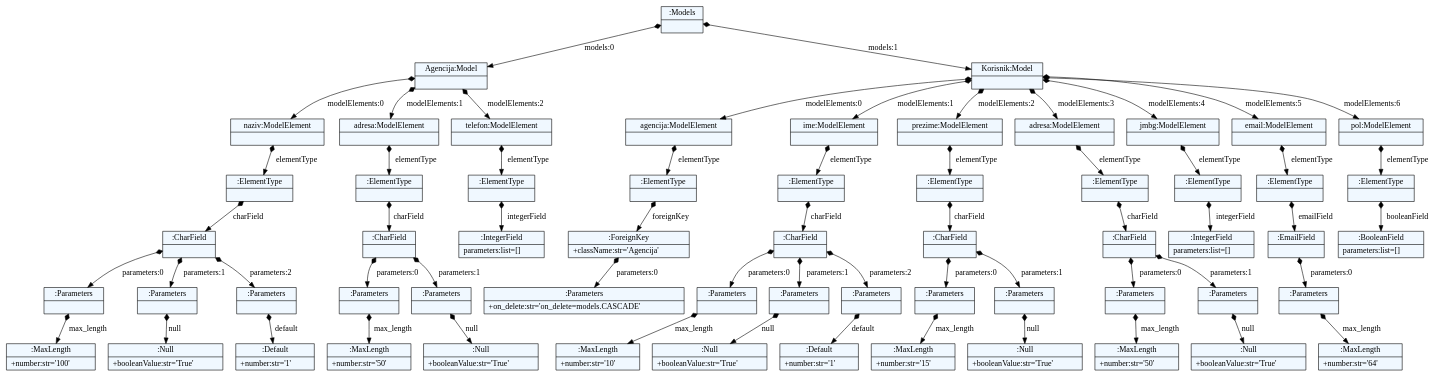
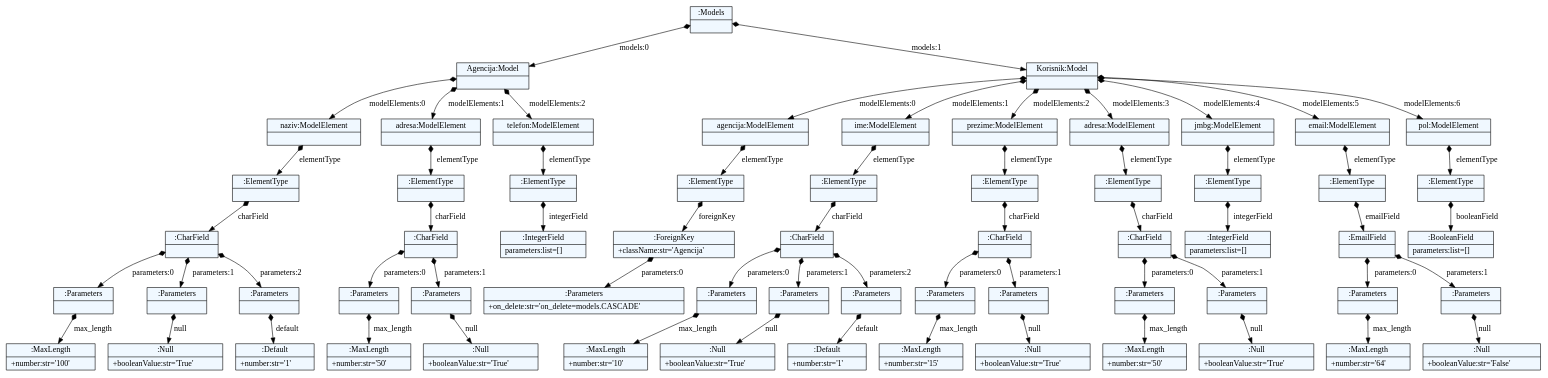
Before and after one commit to jovana992/jsd2017: the diagram in JSD/test.dot, drawn with Graphviz. The commit also changed 3 other files, not shown here.

```diff
--- a/JSD/test.dot
+++ b/JSD/test.dot
@@ -11,124 +11,128 @@
     edge[dir=black,arrowtail=empty]
 
 
-2567640674032 -> 2567640686776 [label="models:0" arrowtail=diamond dir=both]
-2567640686776 -> 2567640688400 [label="modelElements:0" arrowtail=diamond dir=both]
-2567640688400 -> 2567640688176 [label="elementType" arrowtail=diamond dir=both]
-2567640688176 -> 2567640687896 [label="charField" arrowtail=diamond dir=both]
-2567640687896 -> 2567640688568 [label="parameters:0" arrowtail=diamond dir=both]
-2567640688568 -> 2567640688680 [label="max_length" arrowtail=diamond dir=both]
-2567640688680[label="{:MaxLength|+number:str='100'\l}"]
-2567640688568[label="{:Parameters|}"]
-2567640687896 -> 2567640688624 [label="parameters:1" arrowtail=diamond dir=both]
-2567640688624 -> 2567640688792 [label="null" arrowtail=diamond dir=both]
-2567640688792[label="{:Null|+booleanValue:str='True'\l}"]
-2567640688624[label="{:Parameters|}"]
-2567640687896 -> 2567640688736 [label="parameters:2" arrowtail=diamond dir=both]
-2567640688736 -> 2567640688848 [label="default" arrowtail=diamond dir=both]
-2567640688848[label="{:Default|+number:str='1'\l}"]
-2567640688736[label="{:Parameters|}"]
-2567640687896[label="{:CharField|}"]
-2567640688176[label="{:ElementType|}"]
-2567640688400[label="{naziv:ModelElement|}"]
-2567640686776 -> 2567640687728 [label="modelElements:1" arrowtail=diamond dir=both]
-2567640687728 -> 2567640688232 [label="elementType" arrowtail=diamond dir=both]
-2567640688232 -> 2567640688512 [label="charField" arrowtail=diamond dir=both]
-2567640688512 -> 2567640689128 [label="parameters:0" arrowtail=diamond dir=both]
-2567640689128 -> 2567640689184 [label="max_length" arrowtail=diamond dir=both]
-2567640689184[label="{:MaxLength|+number:str='50'\l}"]
-2567640689128[label="{:Parameters|}"]
-2567640688512 -> 2567640689072 [label="parameters:1" arrowtail=diamond dir=both]
-2567640689072 -> 2567640689296 [label="null" arrowtail=diamond dir=both]
-2567640689296[label="{:Null|+booleanValue:str='True'\l}"]
-2567640689072[label="{:Parameters|}"]
-2567640688512[label="{:CharField|}"]
-2567640688232[label="{:ElementType|}"]
-2567640687728[label="{adresa:ModelElement|}"]
-2567640686776 -> 2567640688120 [label="modelElements:2" arrowtail=diamond dir=both]
-2567640688120 -> 2567640688904 [label="elementType" arrowtail=diamond dir=both]
-2567640688904 -> 2567640688960 [label="integerField" arrowtail=diamond dir=both]
-2567640688960[label="{:IntegerField|parameters:list=[]\l}"]
-2567640688904[label="{:ElementType|}"]
-2567640688120[label="{telefon:ModelElement|}"]
-2567640686776[label="{Agencija:Model|}"]
-2567640674032 -> 2567640688344 [label="models:1" arrowtail=diamond dir=both]
-2567640688344 -> 2567640688064 [label="modelElements:0" arrowtail=diamond dir=both]
-2567640688064 -> 2567640689408 [label="elementType" arrowtail=diamond dir=both]
-2567640689408 -> 2567640689520 [label="foreignKey" arrowtail=diamond dir=both]
-2567640689520 -> 2567640689632 [label="parameters:0" arrowtail=diamond dir=both]
-2567640689632[label="{:Parameters|+on_delete:str='on_delete=models.CASCADE'\l}"]
-2567640689520[label="{:ForeignKey|+className:str='Agencija'\l}"]
-2567640689408[label="{:ElementType|}"]
-2567640688064[label="{agencija:ModelElement|}"]
-2567640688344 -> 2567640689016 [label="modelElements:1" arrowtail=diamond dir=both]
-2567640689016 -> 2567640689464 [label="elementType" arrowtail=diamond dir=both]
-2567640689464 -> 2567640689688 [label="charField" arrowtail=diamond dir=both]
-2567640689688 -> 2567640689912 [label="parameters:0" arrowtail=diamond dir=both]
-2567640689912 -> 2567640690024 [label="max_length" arrowtail=diamond dir=both]
-2567640690024[label="{:MaxLength|+number:str='10'\l}"]
-2567640689912[label="{:Parameters|}"]
-2567640689688 -> 2567640689968 [label="parameters:1" arrowtail=diamond dir=both]
-2567640689968 -> 2567640690136 [label="null" arrowtail=diamond dir=both]
-2567640690136[label="{:Null|+booleanValue:str='True'\l}"]
-2567640689968[label="{:Parameters|}"]
-2567640689688 -> 2567640690080 [label="parameters:2" arrowtail=diamond dir=both]
-2567640690080 -> 2567640690192 [label="default" arrowtail=diamond dir=both]
-2567640690192[label="{:Default|+number:str='1'\l}"]
-2567640690080[label="{:Parameters|}"]
-2567640689688[label="{:CharField|}"]
-2567640689464[label="{:ElementType|}"]
-2567640689016[label="{ime:ModelElement|}"]
-2567640688344 -> 2567640689240 [label="modelElements:2" arrowtail=diamond dir=both]
-2567640689240 -> 2567640689744 [label="elementType" arrowtail=diamond dir=both]
-2567640689744 -> 2567640689800 [label="charField" arrowtail=diamond dir=both]
-2567640689800 -> 2567640690472 [label="parameters:0" arrowtail=diamond dir=both]
-2567640690472 -> 2567640690528 [label="max_length" arrowtail=diamond dir=both]
-2567640690528[label="{:MaxLength|+number:str='15'\l}"]
-2567640690472[label="{:Parameters|}"]
-2567640689800 -> 2567640690416 [label="parameters:1" arrowtail=diamond dir=both]
-2567640690416 -> 2567640690640 [label="null" arrowtail=diamond dir=both]
-2567640690640[label="{:Null|+booleanValue:str='True'\l}"]
-2567640690416[label="{:Parameters|}"]
-2567640689800[label="{:CharField|}"]
-2567640689744[label="{:ElementType|}"]
-2567640689240[label="{prezime:ModelElement|}"]
-2567640688344 -> 2567640689352 [label="modelElements:3" arrowtail=diamond dir=both]
-2567640689352 -> 2567640690248 [label="elementType" arrowtail=diamond dir=both]
-2567640690248 -> 2567640690304 [label="charField" arrowtail=diamond dir=both]
-2567640690304 -> 2567640711408 [label="parameters:0" arrowtail=diamond dir=both]
-2567640711408 -> 2567640711464 [label="max_length" arrowtail=diamond dir=both]
-2567640711464[label="{:MaxLength|+number:str='50'\l}"]
-2567640711408[label="{:Parameters|}"]
-2567640690304 -> 2567640711352 [label="parameters:1" arrowtail=diamond dir=both]
-2567640711352 -> 2567640711576 [label="null" arrowtail=diamond dir=both]
-2567640711576[label="{:Null|+booleanValue:str='True'\l}"]
-2567640711352[label="{:Parameters|}"]
-2567640690304[label="{:CharField|}"]
-2567640690248[label="{:ElementType|}"]
-2567640689352[label="{adresa:ModelElement|}"]
-2567640688344 -> 2567640689576 [label="modelElements:4" arrowtail=diamond dir=both]
-2567640689576 -> 2567640690584 [label="elementType" arrowtail=diamond dir=both]
-2567640690584 -> 2567640711240 [label="integerField" arrowtail=diamond dir=both]
-2567640711240[label="{:IntegerField|parameters:list=[]\l}"]
-2567640690584[label="{:ElementType|}"]
-2567640689576[label="{jmbg:ModelElement|}"]
-2567640688344 -> 2567640689856 [label="modelElements:5" arrowtail=diamond dir=both]
-2567640689856 -> 2567640711520 [label="elementType" arrowtail=diamond dir=both]
-2567640711520 -> 2567640711632 [label="emailField" arrowtail=diamond dir=both]
-2567640711632 -> 2567640711912 [label="parameters:0" arrowtail=diamond dir=both]
-2567640711912 -> 2567640712024 [label="max_length" arrowtail=diamond dir=both]
-2567640712024[label="{:MaxLength|+number:str='64'\l}"]
-2567640711912[label="{:Parameters|}"]
-2567640711632[label="{:EmailField|}"]
-2567640711520[label="{:ElementType|}"]
-2567640689856[label="{email:ModelElement|}"]
-2567640688344 -> 2567640690360 [label="modelElements:6" arrowtail=diamond dir=both]
-2567640690360 -> 2567640711800 [label="elementType" arrowtail=diamond dir=both]
-2567640711800 -> 2567640711856 [label="booleanField" arrowtail=diamond dir=both]
-2567640711856[label="{:BooleanField|parameters:list=[]\l}"]
-2567640711800[label="{:ElementType|}"]
-2567640690360[label="{pol:ModelElement|}"]
-2567640688344[label="{Korisnik:Model|}"]
-2567640674032[label="{:Models|}"]
+2678079516400 -> 2678079476288 [label="models:0" arrowtail=diamond dir=both]
+2678079476288 -> 2678079530544 [label="modelElements:0" arrowtail=diamond dir=both]
+2678079530544 -> 2678079530488 [label="elementType" arrowtail=diamond dir=both]
+2678079530488 -> 2678079530320 [label="charField" arrowtail=diamond dir=both]
+2678079530320 -> 2678079530656 [label="parameters:0" arrowtail=diamond dir=both]
+2678079530656 -> 2678079530768 [label="max_length" arrowtail=diamond dir=both]
+2678079530768[label="{:MaxLength|+number:str='100'\l}"]
+2678079530656[label="{:Parameters|}"]
+2678079530320 -> 2678079530712 [label="parameters:1" arrowtail=diamond dir=both]
+2678079530712 -> 2678079530880 [label="null" arrowtail=diamond dir=both]
+2678079530880[label="{:Null|+booleanValue:str='True'\l}"]
+2678079530712[label="{:Parameters|}"]
+2678079530320 -> 2678079530824 [label="parameters:2" arrowtail=diamond dir=both]
+2678079530824 -> 2678079530936 [label="default" arrowtail=diamond dir=both]
+2678079530936[label="{:Default|+number:str='1'\l}"]
+2678079530824[label="{:Parameters|}"]
+2678079530320[label="{:CharField|}"]
+2678079530488[label="{:ElementType|}"]
+2678079530544[label="{naziv:ModelElement|}"]
+2678079476288 -> 2678079216832 [label="modelElements:1" arrowtail=diamond dir=both]
+2678079216832 -> 2678079530376 [label="elementType" arrowtail=diamond dir=both]
+2678079530376 -> 2678079530096 [label="charField" arrowtail=diamond dir=both]
+2678079530096 -> 2678079531216 [label="parameters:0" arrowtail=diamond dir=both]
+2678079531216 -> 2678079531272 [label="max_length" arrowtail=diamond dir=both]
+2678079531272[label="{:MaxLength|+number:str='50'\l}"]
+2678079531216[label="{:Parameters|}"]
+2678079530096 -> 2678079531160 [label="parameters:1" arrowtail=diamond dir=both]
+2678079531160 -> 2678079531384 [label="null" arrowtail=diamond dir=both]
+2678079531384[label="{:Null|+booleanValue:str='True'\l}"]
+2678079531160[label="{:Parameters|}"]
+2678079530096[label="{:CharField|}"]
+2678079530376[label="{:ElementType|}"]
+2678079216832[label="{adresa:ModelElement|}"]
+2678079476288 -> 2678079530432 [label="modelElements:2" arrowtail=diamond dir=both]
+2678079530432 -> 2678079530992 [label="elementType" arrowtail=diamond dir=both]
+2678079530992 -> 2678079531048 [label="integerField" arrowtail=diamond dir=both]
+2678079531048[label="{:IntegerField|parameters:list=[]\l}"]
+2678079530992[label="{:ElementType|}"]
+2678079530432[label="{telefon:ModelElement|}"]
+2678079476288[label="{Agencija:Model|}"]
+2678079516400 -> 2678079479704 [label="models:1" arrowtail=diamond dir=both]
+2678079479704 -> 2678079529928 [label="modelElements:0" arrowtail=diamond dir=both]
+2678079529928 -> 2678079531496 [label="elementType" arrowtail=diamond dir=both]
+2678079531496 -> 2678079531608 [label="foreignKey" arrowtail=diamond dir=both]
+2678079531608 -> 2678079531720 [label="parameters:0" arrowtail=diamond dir=both]
+2678079531720[label="{:Parameters|+on_delete:str='on_delete=models.CASCADE'\l}"]
+2678079531608[label="{:ForeignKey|+className:str='Agencija'\l}"]
+2678079531496[label="{:ElementType|}"]
+2678079529928[label="{agencija:ModelElement|}"]
+2678079479704 -> 2678079531104 [label="modelElements:1" arrowtail=diamond dir=both]
+2678079531104 -> 2678079531552 [label="elementType" arrowtail=diamond dir=both]
+2678079531552 -> 2678079531776 [label="charField" arrowtail=diamond dir=both]
+2678079531776 -> 2678079532000 [label="parameters:0" arrowtail=diamond dir=both]
+2678079532000 -> 2678079532112 [label="max_length" arrowtail=diamond dir=both]
+2678079532112[label="{:MaxLength|+number:str='10'\l}"]
+2678079532000[label="{:Parameters|}"]
+2678079531776 -> 2678079532056 [label="parameters:1" arrowtail=diamond dir=both]
+2678079532056 -> 2678079532224 [label="null" arrowtail=diamond dir=both]
+2678079532224[label="{:Null|+booleanValue:str='True'\l}"]
+2678079532056[label="{:Parameters|}"]
+2678079531776 -> 2678079532168 [label="parameters:2" arrowtail=diamond dir=both]
+2678079532168 -> 2678079532280 [label="default" arrowtail=diamond dir=both]
+2678079532280[label="{:Default|+number:str='1'\l}"]
+2678079532168[label="{:Parameters|}"]
+2678079531776[label="{:CharField|}"]
+2678079531552[label="{:ElementType|}"]
+2678079531104[label="{ime:ModelElement|}"]
+2678079479704 -> 2678079531328 [label="modelElements:2" arrowtail=diamond dir=both]
+2678079531328 -> 2678079531832 [label="elementType" arrowtail=diamond dir=both]
+2678079531832 -> 2678079531888 [label="charField" arrowtail=diamond dir=both]
+2678079531888 -> 2678079532560 [label="parameters:0" arrowtail=diamond dir=both]
+2678079532560 -> 2678079532616 [label="max_length" arrowtail=diamond dir=both]
+2678079532616[label="{:MaxLength|+number:str='15'\l}"]
+2678079532560[label="{:Parameters|}"]
+2678079531888 -> 2678079532504 [label="parameters:1" arrowtail=diamond dir=both]
+2678079532504 -> 2678079532728 [label="null" arrowtail=diamond dir=both]
+2678079532728[label="{:Null|+booleanValue:str='True'\l}"]
+2678079532504[label="{:Parameters|}"]
+2678079531888[label="{:CharField|}"]
+2678079531832[label="{:ElementType|}"]
+2678079531328[label="{prezime:ModelElement|}"]
+2678079479704 -> 2678079531440 [label="modelElements:3" arrowtail=diamond dir=both]
+2678079531440 -> 2678079532336 [label="elementType" arrowtail=diamond dir=both]
+2678079532336 -> 2678079532392 [label="charField" arrowtail=diamond dir=both]
+2678079532392 -> 2678079532952 [label="parameters:0" arrowtail=diamond dir=both]
+2678079532952 -> 2678079533008 [label="max_length" arrowtail=diamond dir=both]
+2678079533008[label="{:MaxLength|+number:str='50'\l}"]
+2678079532952[label="{:Parameters|}"]
+2678079532392 -> 2678079532896 [label="parameters:1" arrowtail=diamond dir=both]
+2678079532896 -> 2678079557760 [label="null" arrowtail=diamond dir=both]
+2678079557760[label="{:Null|+booleanValue:str='True'\l}"]
+2678079532896[label="{:Parameters|}"]
+2678079532392[label="{:CharField|}"]
+2678079532336[label="{:ElementType|}"]
+2678079531440[label="{adresa:ModelElement|}"]
+2678079479704 -> 2678079531664 [label="modelElements:4" arrowtail=diamond dir=both]
+2678079531664 -> 2678079532672 [label="elementType" arrowtail=diamond dir=both]
+2678079532672 -> 2678079532784 [label="integerField" arrowtail=diamond dir=both]
+2678079532784[label="{:IntegerField|parameters:list=[]\l}"]
+2678079532672[label="{:ElementType|}"]
+2678079531664[label="{jmbg:ModelElement|}"]
+2678079479704 -> 2678079531944 [label="modelElements:5" arrowtail=diamond dir=both]
+2678079531944 -> 2678079532840 [label="elementType" arrowtail=diamond dir=both]
+2678079532840 -> 2678079557816 [label="emailField" arrowtail=diamond dir=both]
+2678079557816 -> 2678079558040 [label="parameters:0" arrowtail=diamond dir=both]
+2678079558040 -> 2678079558152 [label="max_length" arrowtail=diamond dir=both]
+2678079558152[label="{:MaxLength|+number:str='64'\l}"]
+2678079558040[label="{:Parameters|}"]
+2678079557816 -> 2678079558096 [label="parameters:1" arrowtail=diamond dir=both]
+2678079558096 -> 2678079558264 [label="null" arrowtail=diamond dir=both]
+2678079558264[label="{:Null|+booleanValue:str='False'\l}"]
+2678079558096[label="{:Parameters|}"]
+2678079557816[label="{:EmailField|}"]
+2678079532840[label="{:ElementType|}"]
+2678079531944[label="{email:ModelElement|}"]
+2678079479704 -> 2678079532448 [label="modelElements:6" arrowtail=diamond dir=both]
+2678079532448 -> 2678079557872 [label="elementType" arrowtail=diamond dir=both]
+2678079557872 -> 2678079557928 [label="booleanField" arrowtail=diamond dir=both]
+2678079557928[label="{:BooleanField|parameters:list=[]\l}"]
+2678079557872[label="{:ElementType|}"]
+2678079532448[label="{pol:ModelElement|}"]
+2678079479704[label="{Korisnik:Model|}"]
+2678079516400[label="{:Models|}"]
 
 }
```
